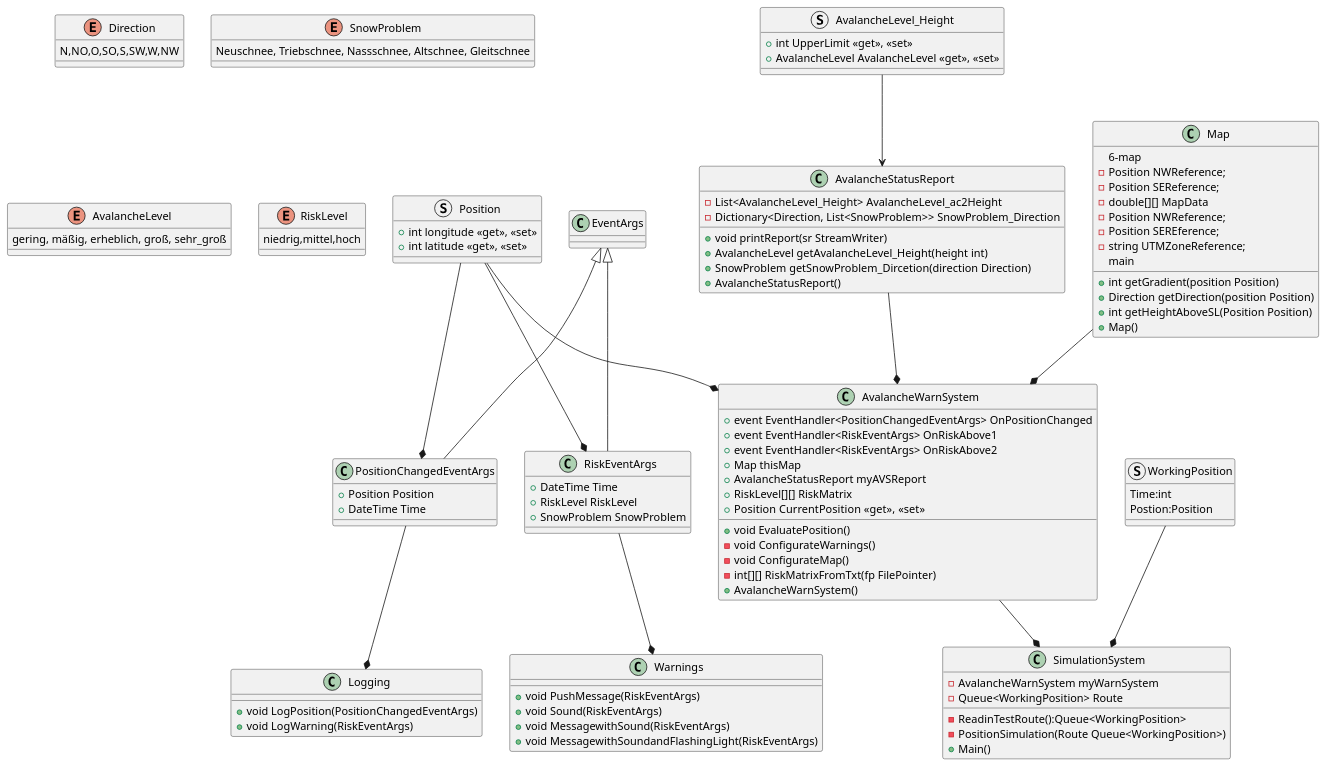
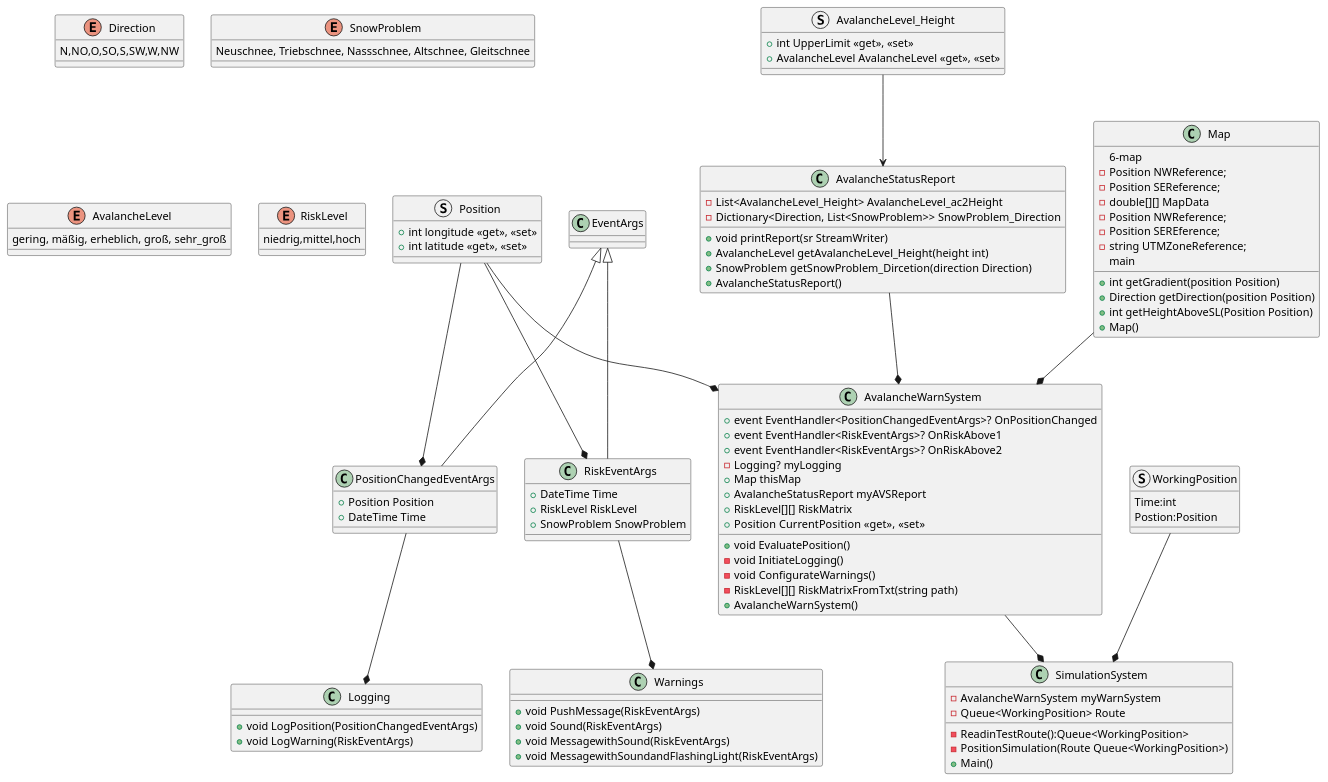
One commit to ganz-anders/poorgrammar changed the diagram in ClassDiagram.puml. Above: the diagram before and after it, drawn with PlantUML.

Commit message:
updating the class diagram acording to the developement process

```diff
--- a/ClassDiagram.puml
+++ b/ClassDiagram.puml
@@ -1,130 +1,131 @@
 @startuml ClassDiagram
 enum Direction
 {
     N,NO,O,SO,S,SW,W,NW
 }
 
 enum SnowProblem
 {
     Neuschnee, Triebschnee, Nassschnee, Altschnee, Gleitschnee
 }
 
 enum AvalancheLevel
 {
     gering, mäßig, erheblich, groß, sehr_groß
 }
 
 enum RiskLevel
 {
     niedrig,mittel,hoch
 }
 
 struct Position
 {
     + int longitude <<get>>, <<set>>
     + int latitude <<get>>, <<set>>
 }
 
 struct AvalancheLevel_Height
 {
     + int UpperLimit <<get>>, <<set>>
     + AvalancheLevel AvalancheLevel <<get>>, <<set>>
 }
 
 class AvalancheStatusReport
 {
     - List<AvalancheLevel_Height> AvalancheLevel_ac2Height
     - Dictionary<Direction, List<SnowProblem>> SnowProblem_Direction
     + void printReport(sr StreamWriter)
     + AvalancheLevel getAvalancheLevel_Height(height int)
     + SnowProblem getSnowProblem_Dircetion(direction Direction)
     + AvalancheStatusReport()
 }
 
 class Map
 {
 6-map
     - Position NWReference;
     - Position SEReference;
     - double[][] MapData
     - Position NWReference;
     - Position SEREference;
     - string UTMZoneReference;
  main
     + int getGradient(position Position)
     + Direction getDirection(position Position)
     + int getHeightAboveSL(Position Position)
     + Map()
 }
 
 class Warnings
 {
     + void PushMessage(RiskEventArgs)
     + void Sound(RiskEventArgs)
     + void MessagewithSound(RiskEventArgs)
     + void MessagewithSoundandFlashingLight(RiskEventArgs)
 }
 
 class Logging
 {
     + void LogPosition(PositionChangedEventArgs)
     + void LogWarning(RiskEventArgs)
 }
 
 class PositionChangedEventArgs
 {
     + Position Position
     + DateTime Time
 }
 
 class RiskEventArgs
 {
     + DateTime Time
     + RiskLevel RiskLevel
     + SnowProblem SnowProblem
 }
 
 class AvalancheWarnSystem
 {
-    + event EventHandler<PositionChangedEventArgs> OnPositionChanged
-    + event EventHandler<RiskEventArgs> OnRiskAbove1
-    + event EventHandler<RiskEventArgs> OnRiskAbove2
+    + event EventHandler<PositionChangedEventArgs>? OnPositionChanged
+    + event EventHandler<RiskEventArgs>? OnRiskAbove1
+    + event EventHandler<RiskEventArgs>? OnRiskAbove2
+    - Logging? myLogging
     + Map thisMap
     + AvalancheStatusReport myAVSReport
     + RiskLevel[][] RiskMatrix
     + Position CurrentPosition <<get>>,  <<set>>
     + void EvaluatePosition()
+    - void InitiateLogging()
     - void ConfigurateWarnings()
-    - void ConfigurateMap()
-    - int[][] RiskMatrixFromTxt(fp FilePointer)  
+    - RiskLevel[][] RiskMatrixFromTxt(string path)
     + AvalancheWarnSystem()
 }
 
 struct WorkingPosition
 {
     Time:int
     Postion:Position    
 }
 class SimulationSystem
 {
     - AvalancheWarnSystem myWarnSystem
     - Queue<WorkingPosition> Route
     - ReadinTestRoute():Queue<WorkingPosition>
     - PositionSimulation(Route Queue<WorkingPosition>)
     + Main()
 }
 
 RiskEventArgs --* Warnings
 PositionChangedEventArgs --* Logging
 EventArgs <|-- RiskEventArgs
 EventArgs <|-- PositionChangedEventArgs
 AvalancheLevel_Height --> AvalancheStatusReport
 Position --* RiskEventArgs
 Position --* PositionChangedEventArgs
 Position --* AvalancheWarnSystem
 AvalancheStatusReport --* AvalancheWarnSystem
 Map --* AvalancheWarnSystem
 AvalancheWarnSystem --* SimulationSystem
 WorkingPosition --* SimulationSystem
 
 @enduml
```
